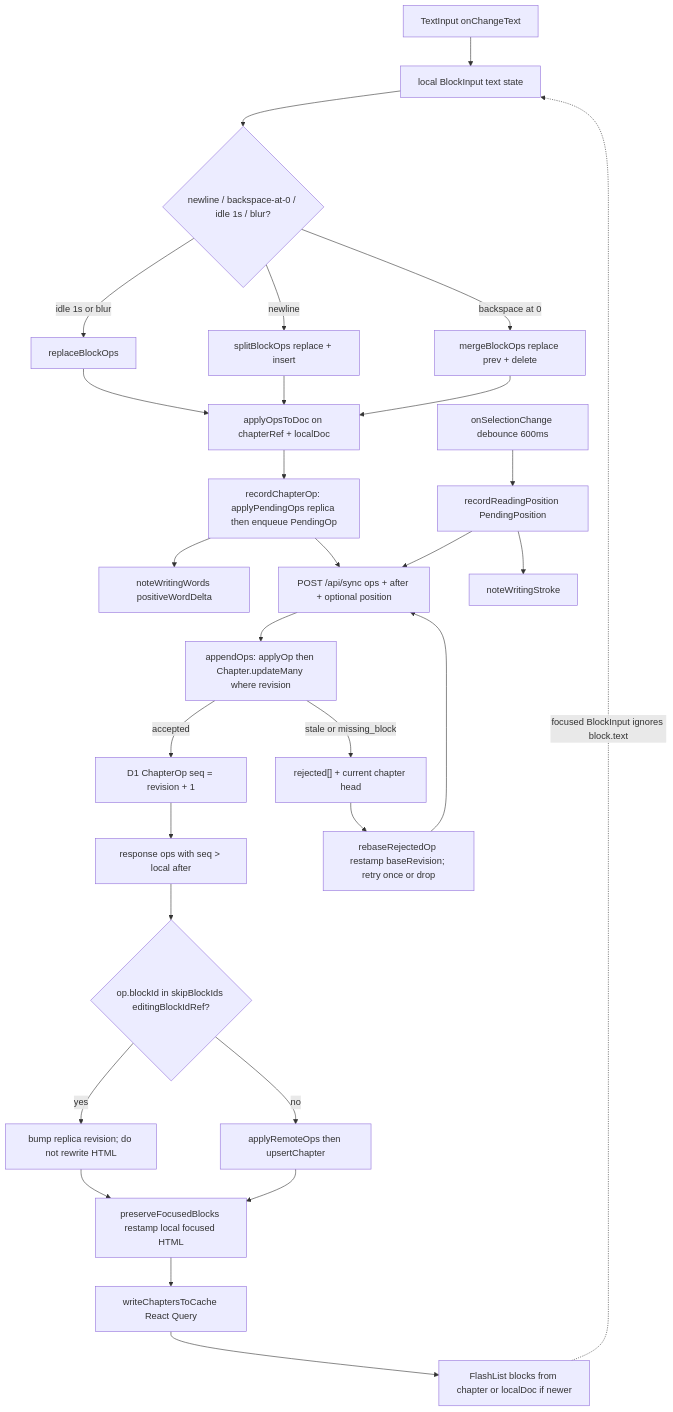
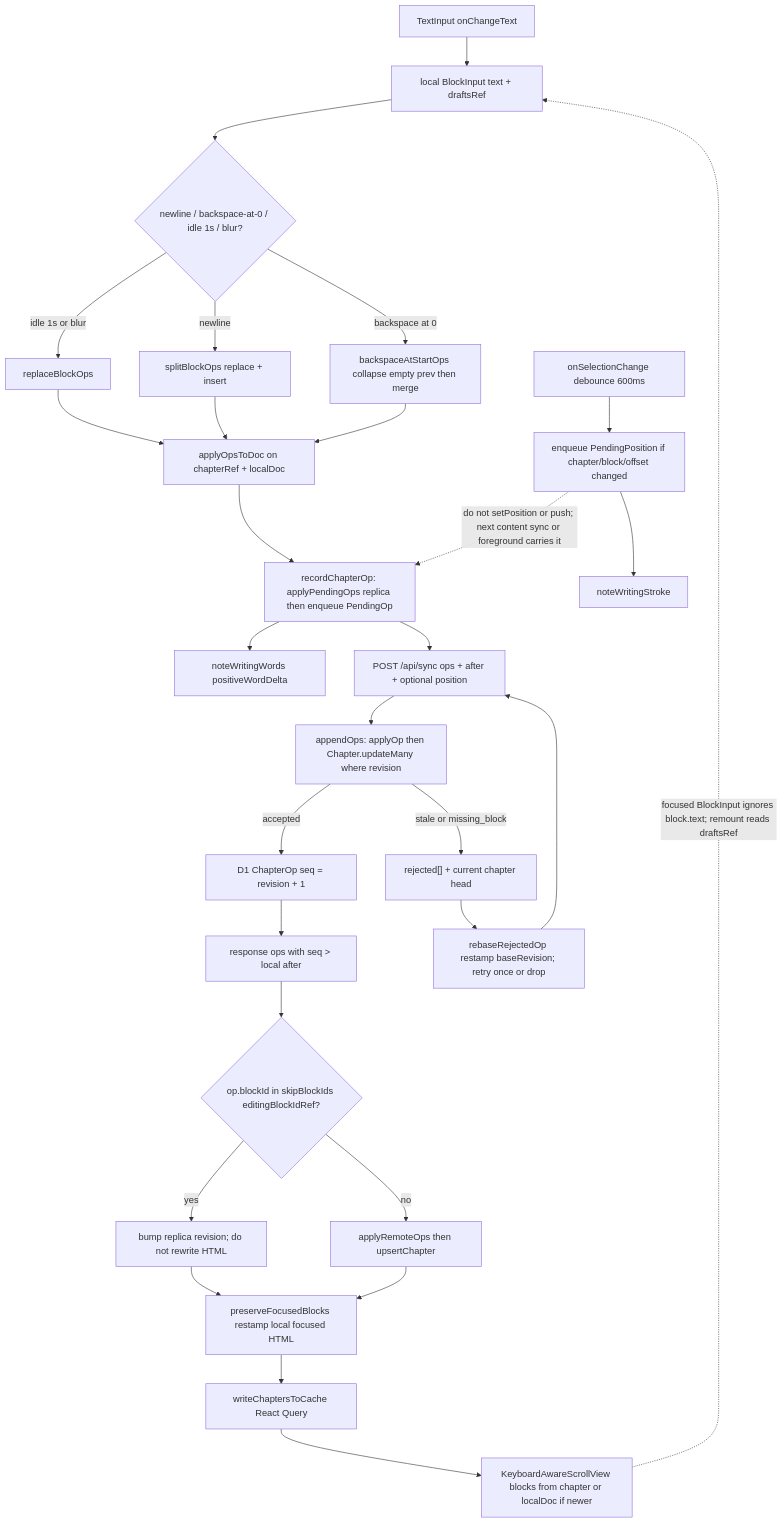
The first of 10 diagrams in docs/mobile-editor-flows.md (007jedgar/Ciciro), drawn with Mermaid before and after one commit. The commit also changed other lines of this file and 23 other files, not shown here.

Commit message:
Keep chapter typing on screen: skip echo paints, make backspace work at the start of a line, and treat Draft/Revised/Final as stages.

````diff
--- a/docs/mobile-editor-flows.md
+++ b/docs/mobile-editor-flows.md
@@ -25,31 +26,31 @@
 ```mermaid
 flowchart TD
-  TI["TextInput onChangeText"] --> DRAFT["local BlockInput text state"]
+  TI["TextInput onChangeText"] --> DRAFT["local BlockInput text + draftsRef"]
   DRAFT --> T{"newline / backspace-at-0 / idle 1s / blur?"}
   T -->|"idle 1s or blur"| REP["replaceBlockOps"]
   T -->|"newline"| SPLIT["splitBlockOps replace + insert"]
-  T -->|"backspace at 0"| MERGE["mergeBlockOps replace prev + delete"]
+  T -->|"backspace at 0"| MERGE["backspaceAtStartOps collapse empty prev then merge"]
   REP --> APPLY["applyOpsToDoc on chapterRef + localDoc"]
   SPLIT --> APPLY
   MERGE --> APPLY
   APPLY --> ENQ["recordChapterOp: applyPendingOps replica then enqueue PendingOp"]
   ENQ --> WORDS["noteWritingWords positiveWordDelta"]
   ENQ --> PUSH["POST /api/sync ops + after + optional position"]
-  CARET["onSelectionChange debounce 600ms"] --> POS["recordReadingPosition PendingPosition"]
+  CARET["onSelectionChange debounce 600ms"] --> POS["enqueue PendingPosition if chapter/block/offset changed"]
   POS --> STROKE["noteWritingStroke"]
-  POS --> PUSH
+  POS -.->|"do not setPosition or push; next content sync or foreground carries it"| ENQ
   PUSH --> CAS["appendOps: applyOp then Chapter.updateMany where revision"]
   CAS -->|"accepted"| ROW["D1 ChapterOp seq = revision + 1"]
   CAS -->|"stale or missing_block"| REJ["rejected[] + current chapter head"]
   ROW --> PULL["response ops with seq > local after"]
   REJ --> REBASE["rebaseRejectedOp restamp baseRevision; retry once or drop"]
   REBASE --> PUSH
   PULL --> SKIP{"op.blockId in skipBlockIds editingBlockIdRef?"}
   SKIP -->|"yes"| BUMP["bump replica revision; do not rewrite HTML"]
   SKIP -->|"no"| REMOTE["applyRemoteOps then upsertChapter"]
   BUMP --> KEEP["preserveFocusedBlocks restamp local focused HTML"]
   REMOTE --> KEEP
   KEEP --> CACHE["writeChaptersToCache React Query"]
-  CACHE --> LIST["FlashList blocks from chapter or localDoc if newer"]
-  LIST -.->|"focused BlockInput ignores block.text"| DRAFT
+  CACHE --> LIST["KeyboardAwareScrollView blocks from chapter or localDoc if newer"]
+  LIST -.->|"focused BlockInput ignores block.text; remount reads draftsRef"| DRAFT
 ```
````
